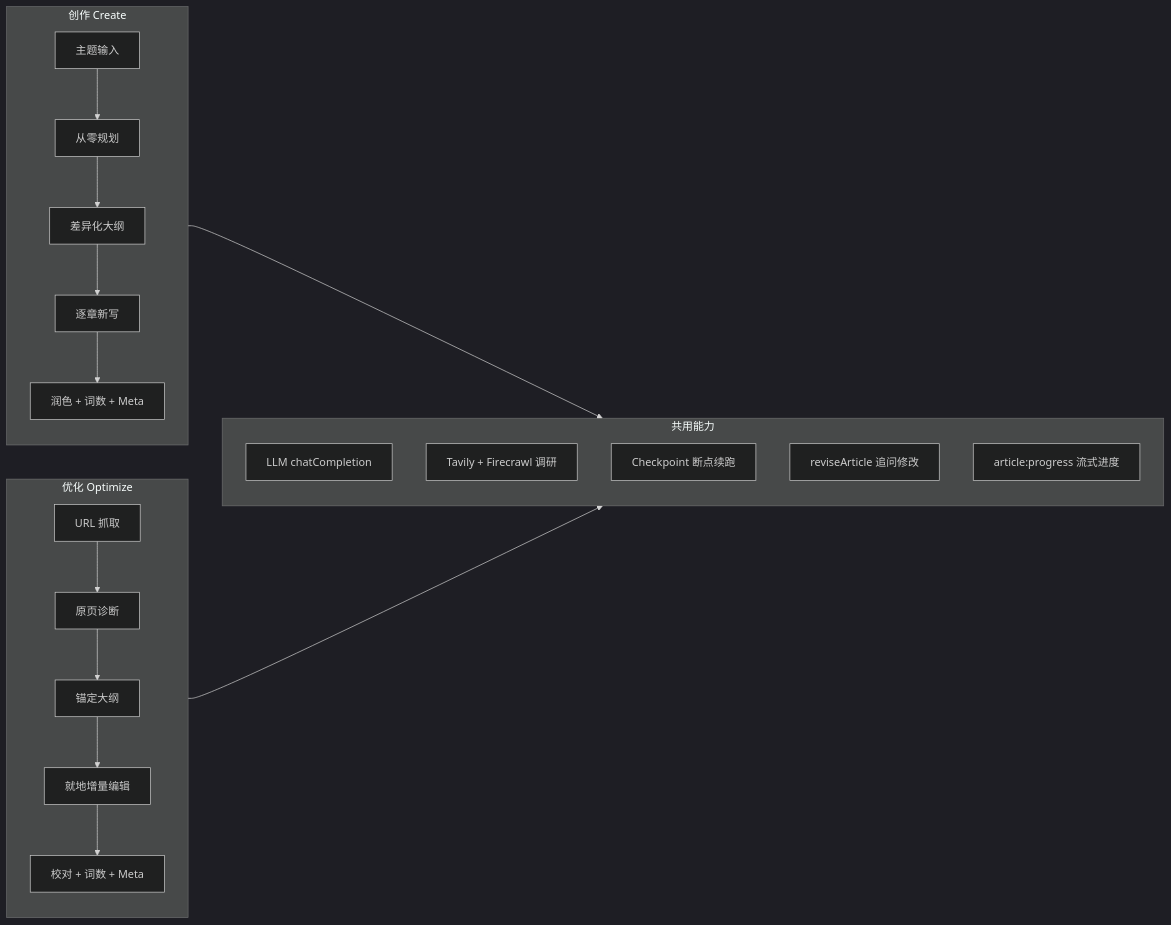
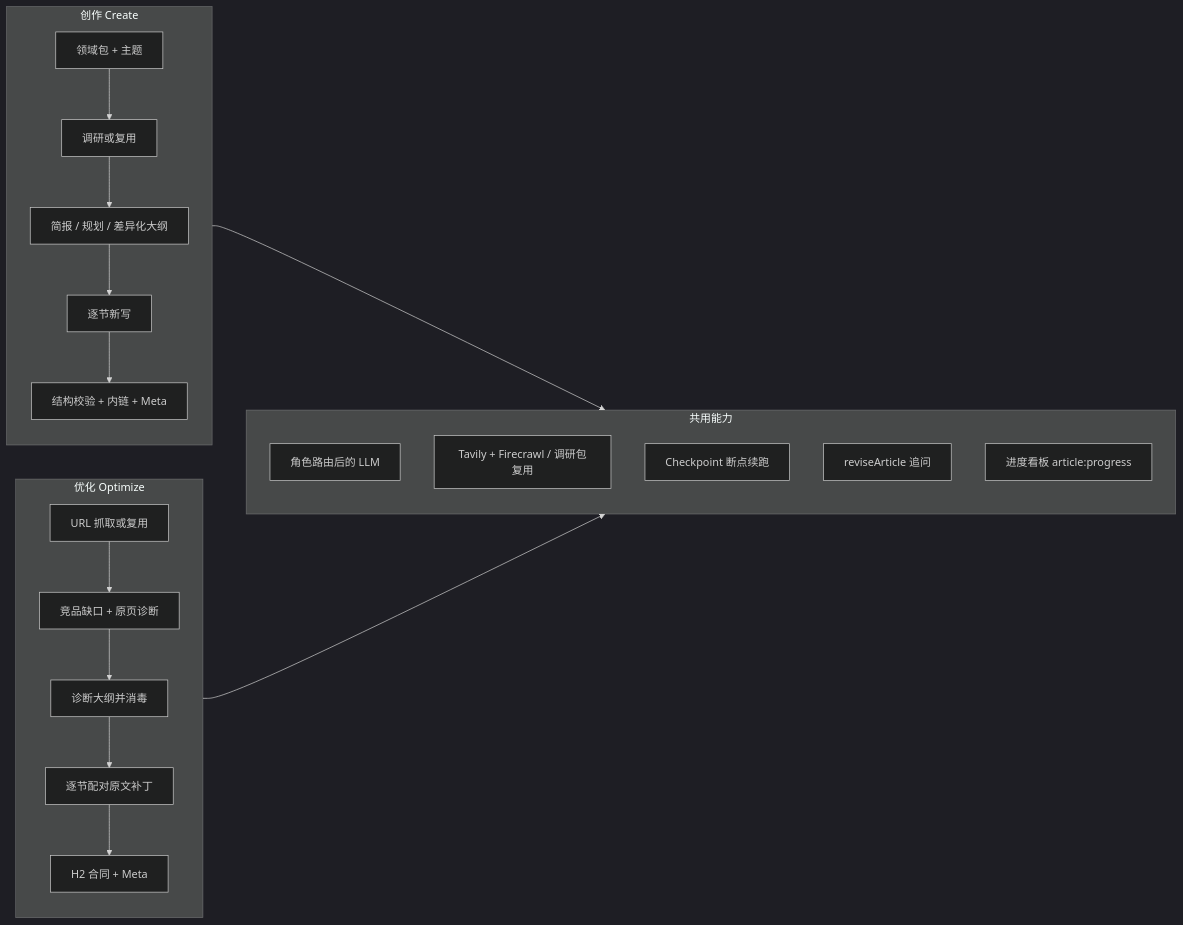
Before and after one commit to YieCham/seo-article-generate: the fifth of 7 diagrams in README.md, drawn with Mermaid (dark theme). The commit also changed other lines of this file, not shown here.

Commit message:
Align README flowcharts with the current create and optimize pipelines

````diff
--- a/README.md
+++ b/README.md
@@ -232,30 +225,30 @@
 ```mermaid
 flowchart LR
   subgraph Create["创作 Create"]
     direction TB
-    C1[主题输入] --> C2[从零规划]
-    C2 --> C3[差异化大纲]
-    C3 --> C4[逐章新写]
-    C4 --> C5[润色 + 词数 + Meta]
+    C1[领域包 + 主题] --> C2[调研或复用]
+    C2 --> C3[简报 / 规划 / 差异化大纲]
+    C3 --> C4[逐节新写]
+    C4 --> C5[结构校验 + 内链 + Meta]
   end
 
   subgraph Optimize["优化 Optimize"]
     direction TB
-    O1[URL 抓取] --> O2[原页诊断]
-    O2 --> O3[锚定大纲]
-    O3 --> O4[就地增量编辑]
-    O4 --> O5[校对 + 词数 + Meta]
+    O1[URL 抓取或复用] --> O2[竞品缺口 + 原页诊断]
+    O2 --> O3[诊断大纲并消毒]
+    O3 --> O4[逐节配对原文补丁]
+    O4 --> O5[H2 合同 + Meta]
   end
 
   subgraph Shared["共用能力"]
     direction TB
-    S1[LLM chatCompletion]
-    S2[Tavily + Firecrawl 调研]
+    S1[角色路由后的 LLM]
+    S2[Tavily + Firecrawl / 调研包复用]
     S3[Checkpoint 断点续跑]
-    S4[reviseArticle 追问修改]
-    S5[article:progress 流式进度]
+    S4[reviseArticle 追问]
+    S5[进度看板 article:progress]
   end
 
   Create --> Shared
   Optimize --> Shared
 ```
````
